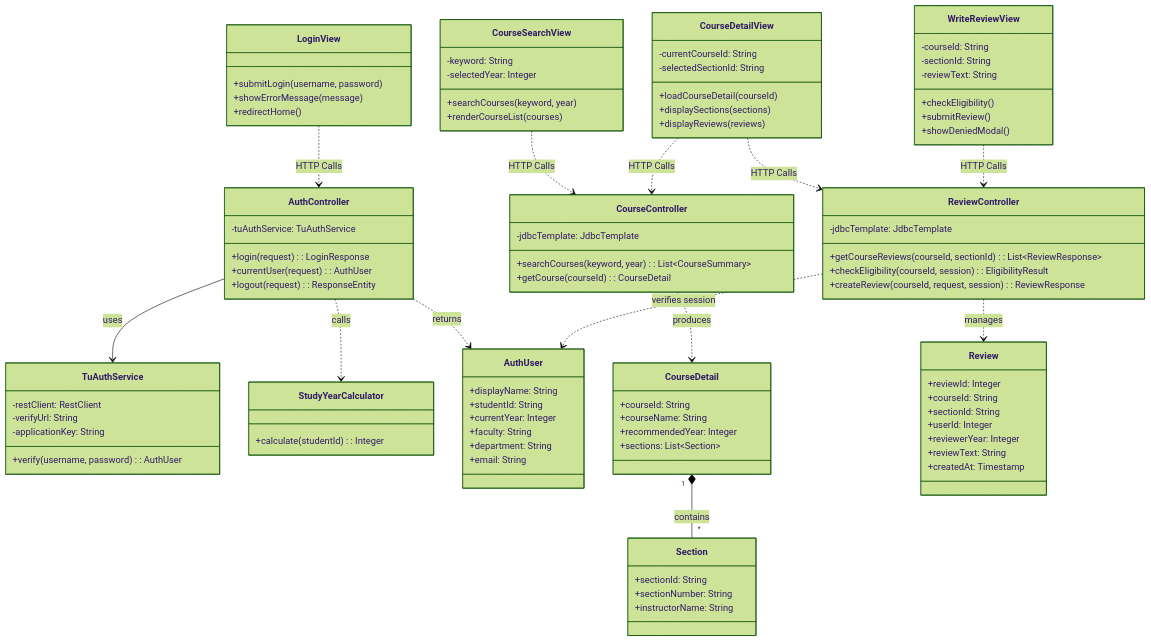
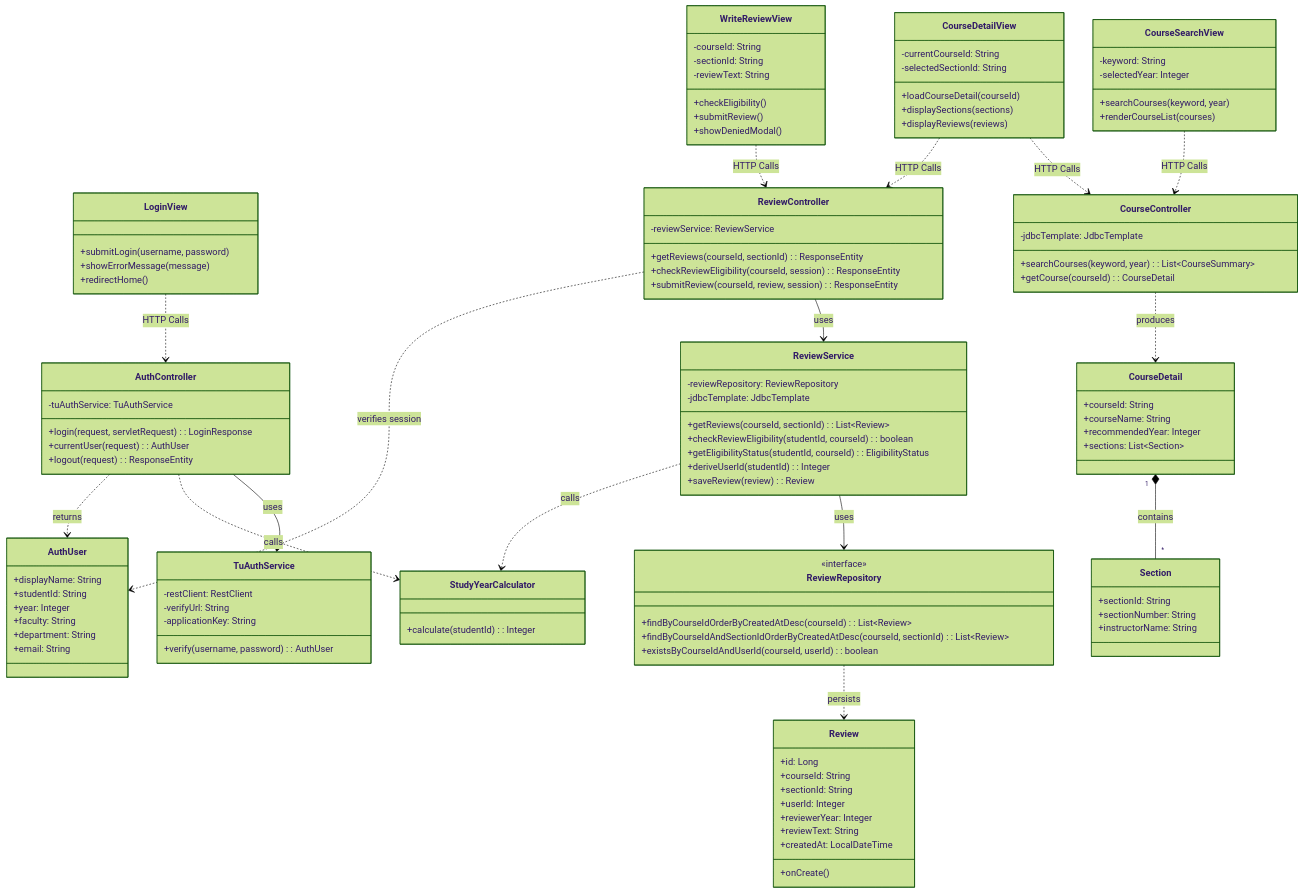
Before and after one commit to jubiep/CSTU-NEXUS: the second of 3 diagrams in docs/use-case-and-class-diagrams.md, drawn with Mermaid (forest theme). The commit also changed other lines of this file and 6 other files, not shown here.

````diff
--- a/docs/use-case-and-class-diagrams.md
+++ b/docs/use-case-and-class-diagrams.md
@@ -103,7 +103,7 @@
     %% =======================
     class AuthController {
         -tuAuthService: TuAuthService
-        +login(request): LoginResponse
+        +login(request, servletRequest): LoginResponse
         +currentUser(request): AuthUser
         +logout(request): ResponseEntity
     }
@@ -126,10 +126,27 @@
     }
 
     class ReviewController {
+        -reviewService: ReviewService
+        +getReviews(courseId, sectionId): ResponseEntity
+        +checkReviewEligibility(courseId, session): ResponseEntity
+        +submitReview(courseId, review, session): ResponseEntity
+    }
+
+    class ReviewService {
+        -reviewRepository: ReviewRepository
         -jdbcTemplate: JdbcTemplate
-        +getCourseReviews(courseId, sectionId): List~ReviewResponse~
-        +checkEligibility(courseId, session): EligibilityResult
-        +createReview(courseId, request, session): ReviewResponse
+        +getReviews(courseId, sectionId): List~Review~
+        +checkReviewEligibility(studentId, courseId): boolean
+        +getEligibilityStatus(studentId, courseId): EligibilityStatus
+        +deriveUserId(studentId): Integer
+        +saveReview(review): Review
+    }
+
+    class ReviewRepository {
+        <<interface>>
+        +findByCourseIdOrderByCreatedAtDesc(courseId): List~Review~
+        +findByCourseIdAndSectionIdOrderByCreatedAtDesc(courseId, sectionId): List~Review~
+        +existsByCourseIdAndUserId(courseId, userId): boolean
     }
 
     %% =======================
@@ -138,7 +155,7 @@
     class AuthUser {
         +displayName: String
         +studentId: String
-        +currentYear: Integer
+        +year: Integer
         +faculty: String
         +department: String
         +email: String
@@ -158,13 +175,14 @@
     }
 
     class Review {
-        +reviewId: Integer
+        +id: Long
         +courseId: String
         +sectionId: String
         +userId: Integer
         +reviewerYear: Integer
         +reviewText: String
-        +createdAt: Timestamp
+        +createdAt: LocalDateTime
+        +onCreate()
     }
 
     %% =======================
@@ -183,6 +201,9 @@
     CourseController ..> CourseDetail : produces
     CourseDetail "1" *-- "*" Section : contains
 
-    ReviewController ..> Review : manages
+    ReviewController --> ReviewService : uses
+    ReviewService --> ReviewRepository : uses
+    ReviewService ..> StudyYearCalculator : calls
+    ReviewRepository ..> Review : persists
     ReviewController ..> AuthUser : verifies session
 ```
````
